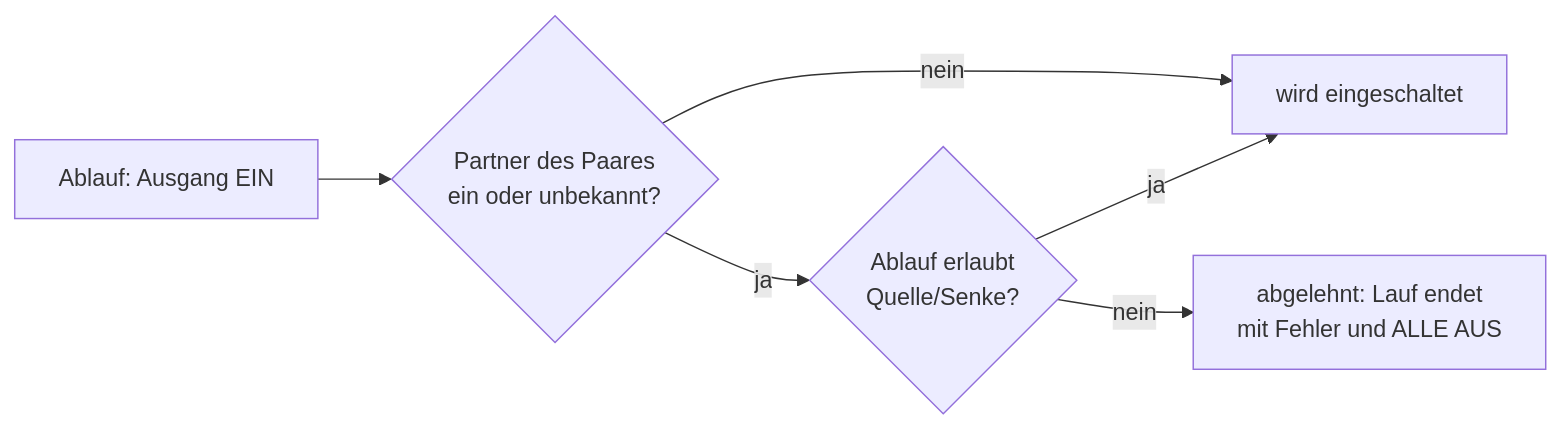
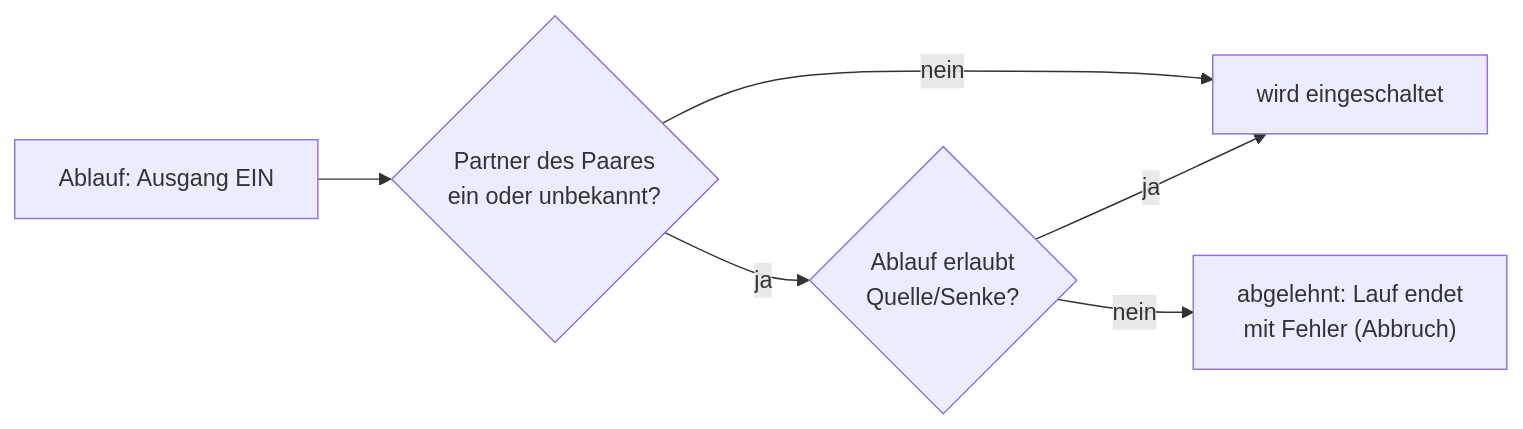
Before and after one commit to danielsimonreinhardt/LabControl: the sixth of 6 diagrams in docs/de/bedienung.md, drawn with Mermaid. The commit also changed other lines of this file and 25 other files, not shown here.

````diff
--- a/docs/de/bedienung.md
+++ b/docs/de/bedienung.md
@@ -365,8 +377,8 @@
 ```mermaid
 flowchart LR
   E["Ablauf: Ausgang EIN"] --> Q{"Partner des Paares<br/>ein oder unbekannt?"}
   Q -- nein --> OK["wird eingeschaltet"]
   Q -- ja --> X{"Ablauf erlaubt<br/>Quelle/Senke?"}
   X -- ja --> OK
-  X -- nein --> F["abgelehnt: Lauf endet<br/>mit Fehler und ALLE AUS"]
+  X -- nein --> F["abgelehnt: Lauf endet<br/>mit Fehler (Abbruch)"]
 ```
````
